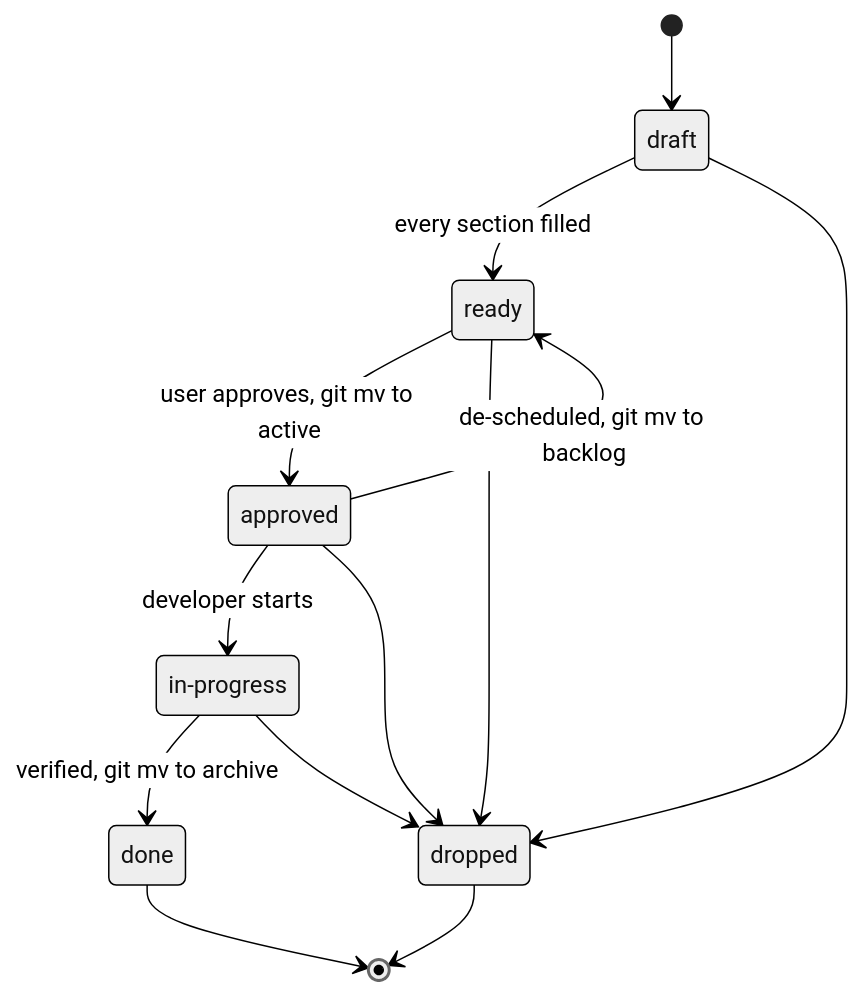
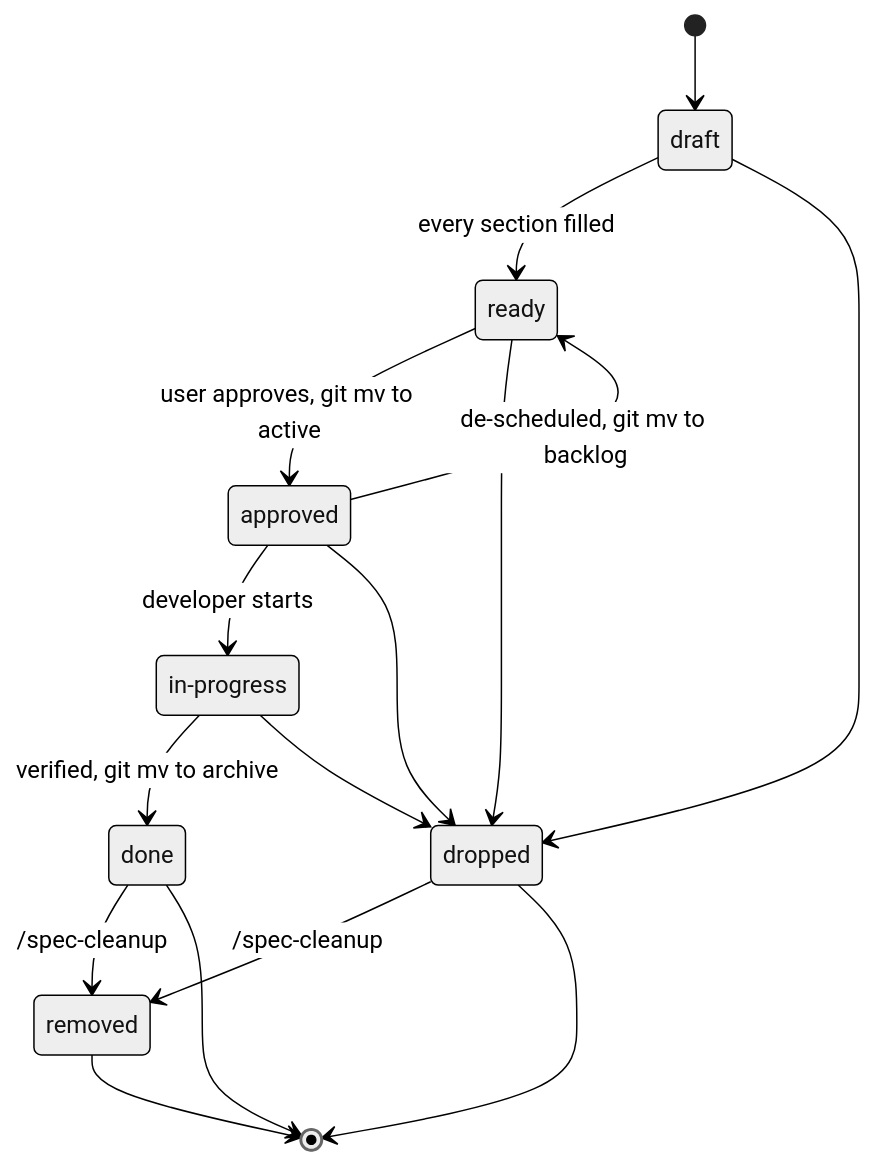
The diagram in specs/README.md (regisfactory0/test-converter), drawn with Mermaid (neutral theme) before and after one commit. The commit also changed other lines of this file and 17 other files, not shown here.

````diff
--- a/specs/README.md
+++ b/specs/README.md
@@ -42,16 +43,19 @@
 ```mermaid
 stateDiagram-v2
     state "in-progress" as in_progress
     [*] --> draft
     draft --> ready : every section filled
     ready --> approved : user approves, git mv to active
     approved --> in_progress : developer starts
     in_progress --> done : verified, git mv to archive
     approved --> ready : de-scheduled, git mv to backlog
     draft --> dropped
     ready --> dropped
     approved --> dropped
     in_progress --> dropped
+    done --> removed : /spec-cleanup
+    dropped --> removed : /spec-cleanup
     done --> [*]
     dropped --> [*]
+    removed --> [*]
 ```
````
